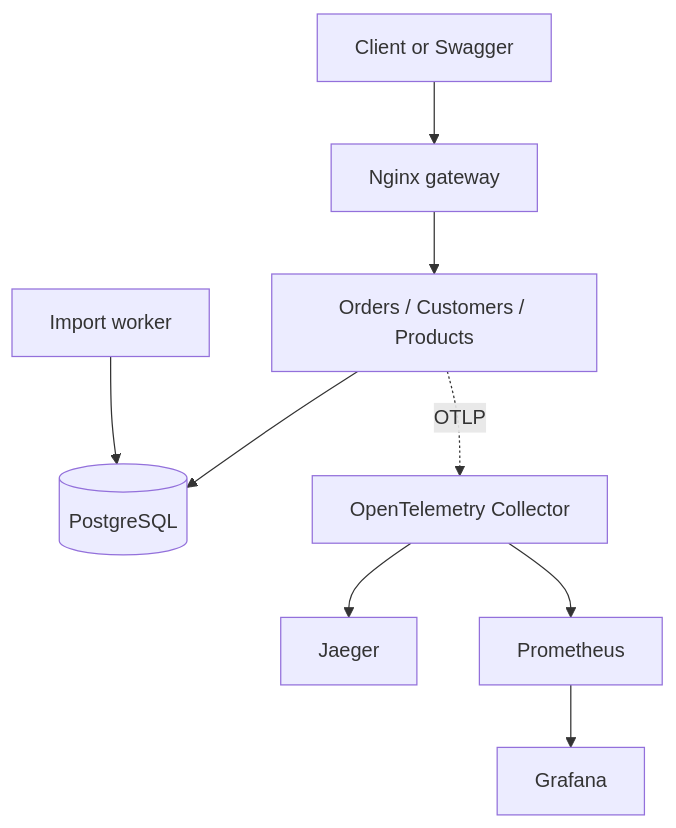
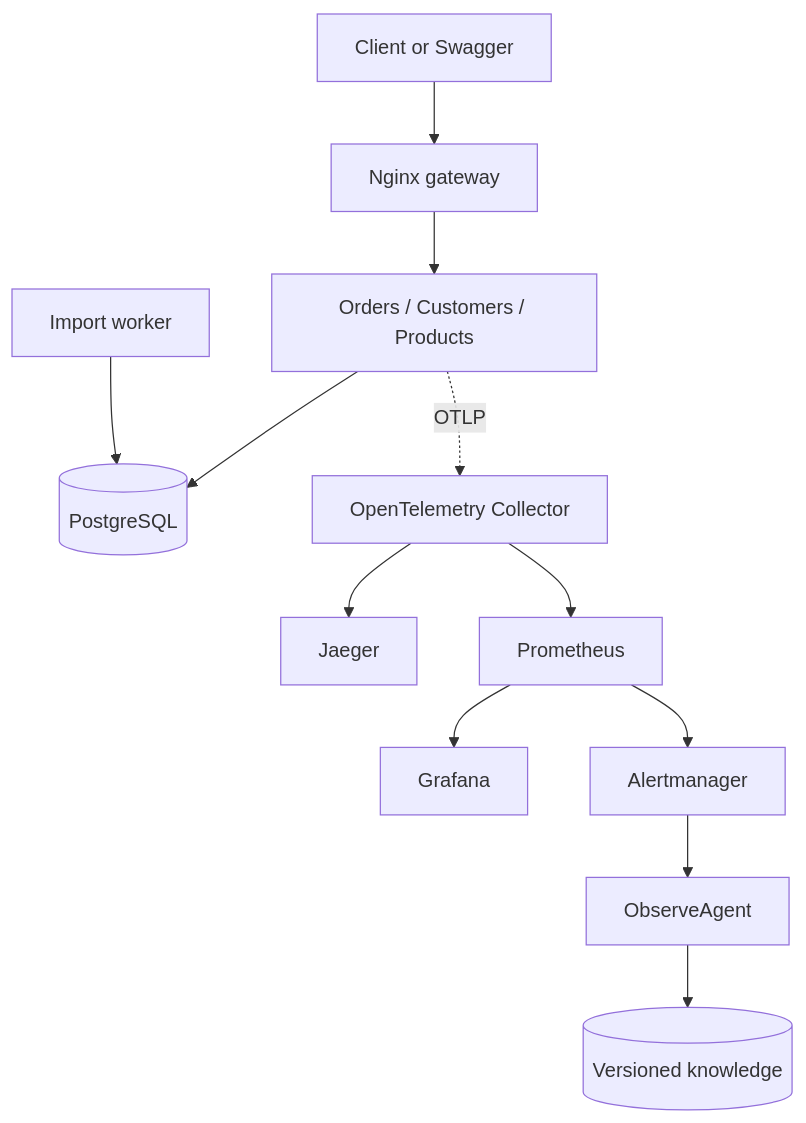
One commit to sangeetjena/practice changed the first of 2 diagrams in API/docs/PROJECT_WALKTHROUGH.md. Above: the diagram before and after it, drawn with Mermaid. The commit also changed other lines of this file, not shown here.

````diff
--- a/API/docs/PROJECT_WALKTHROUGH.md
+++ b/API/docs/PROJECT_WALKTHROUGH.md
@@ -8,11 +8,14 @@
 ```mermaid
 flowchart TD
     C[Client or Swagger] --> L[Nginx gateway]
     L --> A[Orders / Customers / Products]
     A --> S[(PostgreSQL)]
     A -. OTLP .-> O[OpenTelemetry Collector]
     O --> J[Jaeger]
     O --> P[Prometheus]
     P --> G[Grafana]
+    P --> AM[Alertmanager]
+    AM --> OA[ObserveAgent]
+    OA --> K[(Versioned knowledge)]
     W[Import worker] --> S
 ```
````
